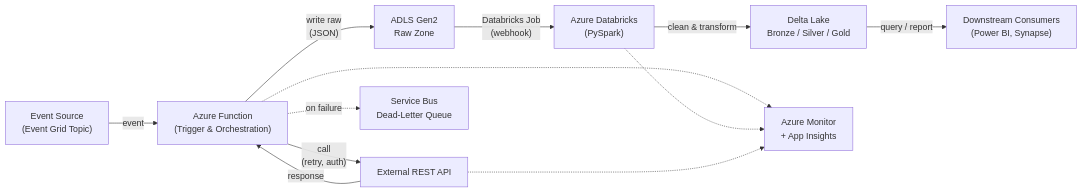
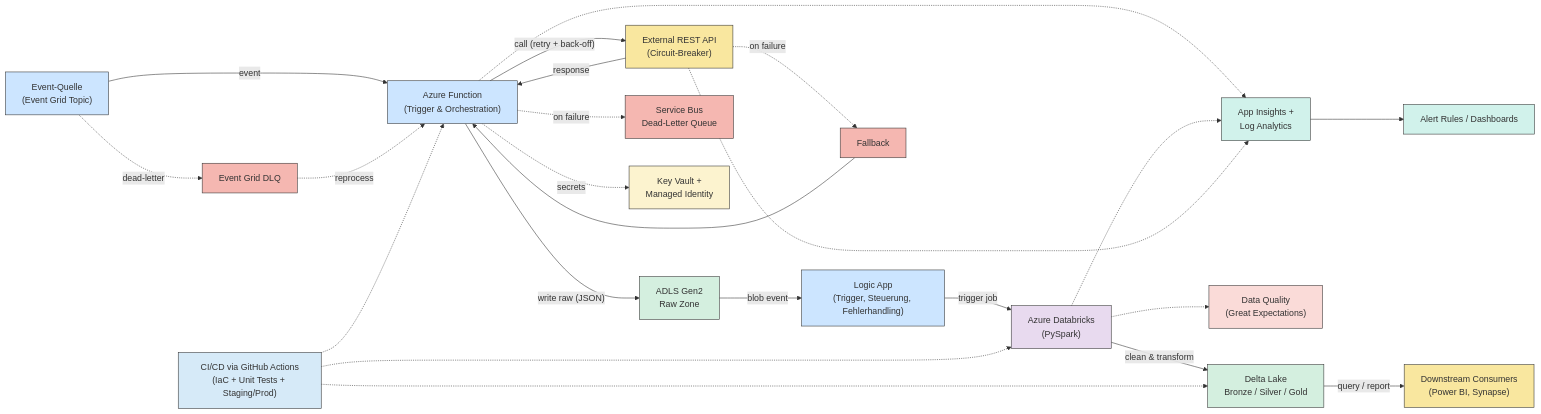
The diagram in README.md (prosenkr/event-driven-api-to-databricks), drawn with Mermaid before and after one commit. The commit also changed other lines of this file, not shown here.

````diff
--- a/README.md
+++ b/README.md
@@ -1,28 +2,90 @@
 ```mermaid
 flowchart LR
-    %% ---------- Nodes ----------
-    E["Event Source<br/>(Event Grid Topic)"]
-    F["Azure Function<br/>(Trigger &amp; Orchestration)"]
-    API["External REST API"]
+    %% ---------- Kernpfad ----------
+    E["Event-Quelle<br/>(Event Grid Topic)"]
+    F["Azure Function<br/>(Trigger & Orchestration)"]
+    API["External REST API<br/>(Circuit-Breaker)"]
     RAW["ADLS Gen2<br/>Raw Zone"]
+    LOGIC["Logic App<br/>(Trigger, Steuerung, Fehlerhandling)"]
     DBX["Azure Databricks<br/>(PySpark)"]
     DL["Delta Lake<br/>Bronze / Silver / Gold"]
     CONS["Downstream Consumers<br/>(Power BI, Synapse)"]
-    MON["Azure Monitor<br/>+ App Insights"]
-    DLQ["Service Bus<br/>Dead-Letter Queue"]
 
-    %% ---------- Edges ----------
     E -->|event| F
-    F -->|"call\n(retry, auth)"| API
+    F -->|"call (retry + back-off)"| API
     API -->|response| F
-    F -->|"write raw\n(JSON)"| RAW
-    F -.->|on failure| DLQ
-    RAW -->|"Databricks Job\n(webhook)"| DBX
+    API -.->|on failure| Fallback
+    Fallback --> F
+    F -->|"write raw (JSON)"| RAW
+    RAW -->|"blob event"| LOGIC
+    LOGIC -->|"trigger job"| DBX
     DBX -->|"clean & transform"| DL
     DL -->|"query / report"| CONS
 
-    %% ---------- Monitoring ----------
+    %% ---------- Fehler- & Retry-Pfade ----------
+    DLQ["Service Bus<br/>Dead-Letter Queue"]
+    F -.->|on failure| DLQ
+
+    EGDLQ["Event Grid DLQ"]
+    E -.->|dead-letter| EGDLQ
+    EGDLQ -.->|reprocess| F
+
+    %% ---------- Security / Governance ----------
+    KV["Key Vault +<br/>Managed Identity"]
+    F -.->|secrets| KV
+
+    %% ---------- Data Quality ----------
+    DQ["Data Quality<br/>(Great Expectations)"]
+    DBX -.-> DQ
+
+    %% ---------- Monitoring & Alerting ----------
+    MON["App Insights +<br/>Log Analytics"]
+    ALERTS["Alert Rules / Dashboards"]
+
     F -.-> MON
     DBX -.-> MON
     API -.-> MON
+    MON --> ALERTS
+
+    %% ---------- CI / CD ----------
+    CI["CI/CD via GitHub Actions<br/>(IaC + Unit Tests + Staging/Prod)"]
+    CI -.-> F
+    CI -.-> DBX
+    CI -.-> DL
+
+    %% ---------- Farben / Styles ----------
+    style E fill:#cce5ff,stroke:#333,stroke-width:1px
+    style F fill:#cce5ff,stroke:#333,stroke-width:1px
+    style LOGIC fill:#cce5ff,stroke:#333,stroke-width:1px
+
+    style API fill:#f9e79f,stroke:#333,stroke-width:1px
+    style CONS fill:#f9e79f,stroke:#333,stroke-width:1px
+
+    style RAW fill:#d4efdf,stroke:#333,stroke-width:1px
+    style DL fill:#d4efdf,stroke:#333,stroke-width:1px
+
+    style DBX fill:#e8daef,stroke:#333,stroke-width:1px
+
+    style MON fill:#d1f2eb,stroke:#333,stroke-width:1px
+    style ALERTS fill:#d1f2eb,stroke:#333,stroke-width:1px
+
+    style KV fill:#fcf3cf,stroke:#333,stroke-width:1px
+
+    style DQ fill:#fadbd8,stroke:#333,stroke-width:1px
+
+    style DLQ fill:#f5b7b1,stroke:#333,stroke-width:1px
+    style EGDLQ fill:#f5b7b1,stroke:#333,stroke-width:1px
+    style Fallback fill:#f5b7b1,stroke:#333,stroke-width:1px
+
+    style CI fill:#d6eaf8,stroke:#333,stroke-width:1px
+
+    classDef eventstyle fill:#cce5ff,stroke:#333,stroke-width:1px
+    classDef externalstyle fill:#f9e79f,stroke:#333,stroke-width:1px
+    classDef storagestyle fill:#d4efdf,stroke:#333,stroke-width:1px
+    classDef processingstyle fill:#e8daef,stroke:#333,stroke-width:1px
+    classDef monitorstyle fill:#d1f2eb,stroke:#333,stroke-width:1px
+    classDef secstyle fill:#fcf3cf,stroke:#333,stroke-width:1px
+    classDef errorstyle fill:#f5b7b1,stroke:#333,stroke-width:1px
+    classDef cicdstyle fill:#d6eaf8,stroke:#333,stroke-width:1px
+    classDef dqstyle fill:#fadbd8,stroke:#333,stroke-width:1px
 ```
````
